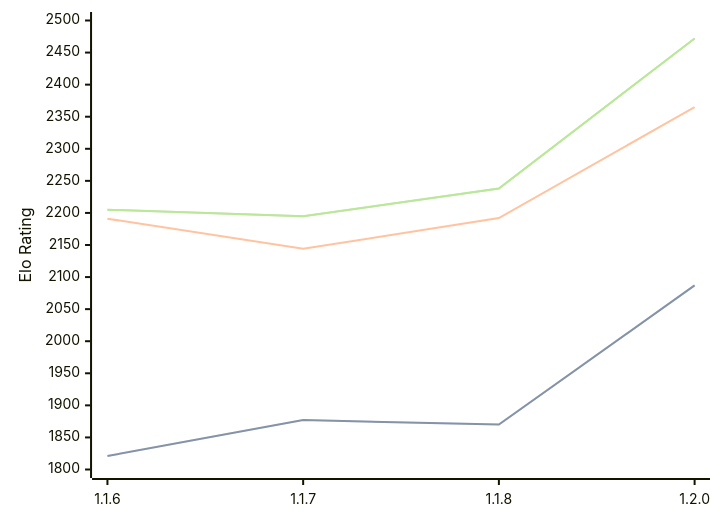
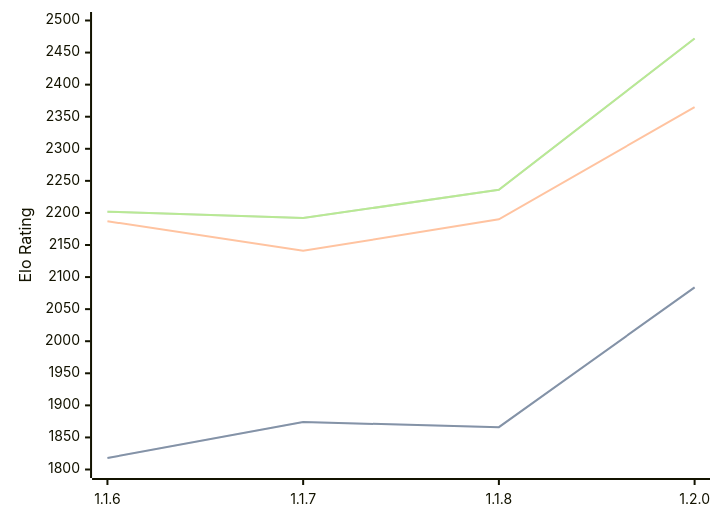
The diagram in engines/Soomi.md (computer-chess-index/cci), drawn with Mermaid before and after one commit. The commit also changed other lines of this file, not shown here.

Commit message:
Update CCI Ratings (ELO VLTC) - 2026-03-11

````diff
--- a/engines/Soomi.md
+++ b/engines/Soomi.md
@@ -32,11 +32,11 @@
 ```mermaid
 %%{init: {"theme":"base","themeVariables":{"seriesColors:['#a3a3a3','#222221','#faa371']}}}%%
 xychart-beta
   x-axis ["1.1.6", "1.1.7", "1.1.8", "1.2.0"]
   y-axis "Elo Rating" 1800 --> 2500
-  line "STC (8.0+0.08s)" [1821, 1877, 1870, 2087]
-  line "STC (8.0+0.08s)" [1821, 1877, 1870, 2087]
-  line "LTC (60.0+0.60s)" [2191, 2144, 2192, 2365]
-  line "VLTC (2m24s+1.12s)" [2205, 2195, 2238, 2472]
-  line "VLTC (2m24s+1.12s)" [2205, 2195, 2238, 2472]
+  line "STC (8.0+0.08s)" [1818, 1874, 1866, 2084]
+  line "STC (8.0+0.08s)" [1818, 1874, 1866, 2084]
+  line "LTC (60.0+0.60s)" [2187, 2141, 2190, 2365]
+  line "VLTC (2m24s+1.12s)" [2202, 2192, 2236, 2472]
+  line "VLTC (2m24s+1.12s)" [2202, 2192, 2236, 2472]
 ```
````
